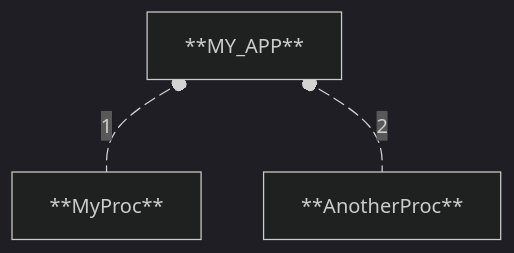
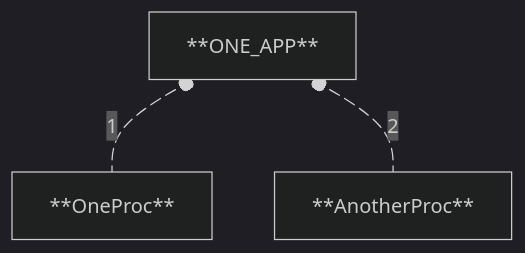
The fifth of 17 diagrams in README.md (nuremics/nuremics), drawn with Mermaid (dark theme) before and after one commit. The commit also changed other lines of this file, not shown here.

````diff
--- a/README.md
+++ b/README.md
@@ -180,7 +180,7 @@
 ```mermaid
 flowchart BT
-  **MyProc** e1@--1--o **MY_APP**
-  **AnotherProc** e2@--2--o **MY_APP**
+  **OneProc** e1@--1--o **ONE_APP**
+  **AnotherProc** e2@--2--o **ONE_APP**
   e1@{ animate: true }
   e2@{ animate: true }
 ```
````
